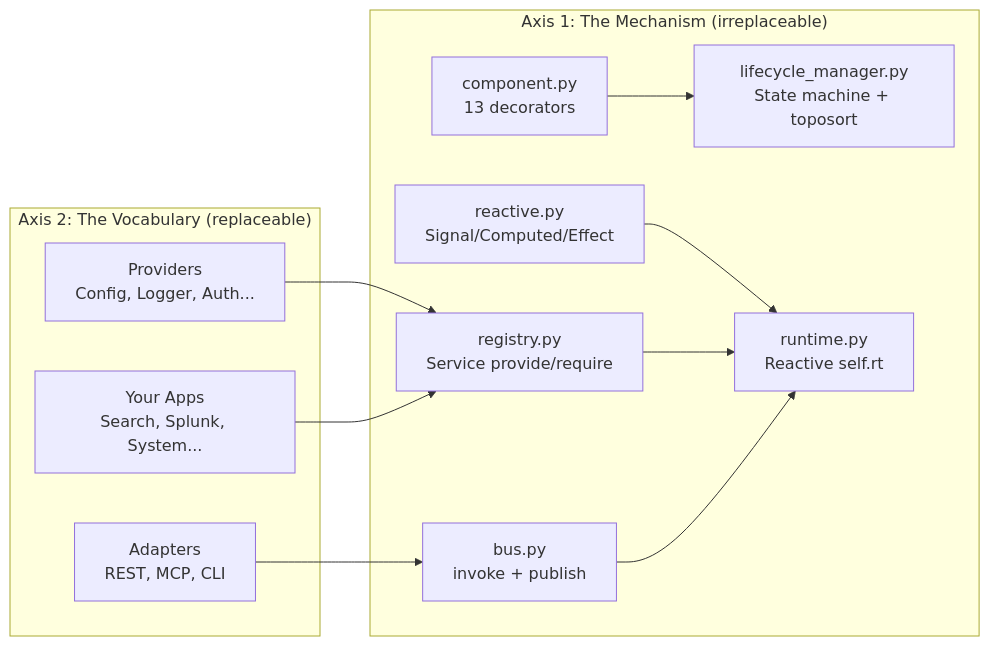
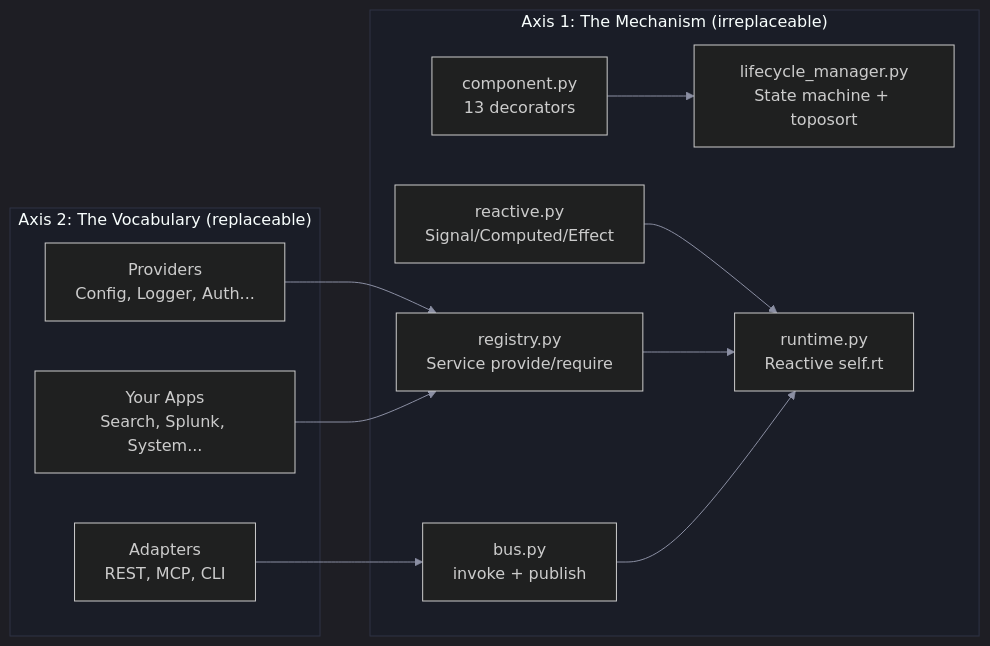
The first of 2 diagrams in docs/concepts/architecture.qmd (bayeslearner/plugkit), drawn with Mermaid before and after one commit. The commit also changed other lines of this file and 3 other files, not shown here.

First line of the commit message:
fix: docs — explain reactive model, fix Mermaid dark theme

````diff
--- a/docs/concepts/architecture.qmd
+++ b/docs/concepts/architecture.qmd
@@ -23,25 +23,26 @@
 ```{mermaid}
+%%{init: {'theme': 'dark', 'themeVariables': {'primaryColor': '#242836', 'primaryTextColor': '#e2e4ea', 'primaryBorderColor': '#6c8cff', 'lineColor': '#8b8fa3', 'secondaryColor': '#1a1d27', 'tertiaryColor': '#1a1d27', 'clusterBkg': '#1a1d27', 'clusterBorder': '#2e3345'}}}%%
 graph LR
     subgraph "Axis 1: The Mechanism (irreplaceable)"
         R[reactive.py<br/>Signal/Computed/Effect]
         C[component.py<br/>13 decorators]
         L[lifecycle_manager.py<br/>State machine + toposort]
         REG[registry.py<br/>Service provide/require]
         B[bus.py<br/>invoke + publish]
         RT[runtime.py<br/>Reactive self.rt]
     end
 
     subgraph "Axis 2: The Vocabulary (replaceable)"
         P[Providers<br/>Config, Logger, Auth...]
         A[Adapters<br/>REST, MCP, CLI]
         U[Your Apps<br/>Search, Splunk, System...]
     end
 
     R --> RT
     C --> L
     REG --> RT
     B --> RT
     P --> REG
     A --> B
     U --> REG
 ```
````
